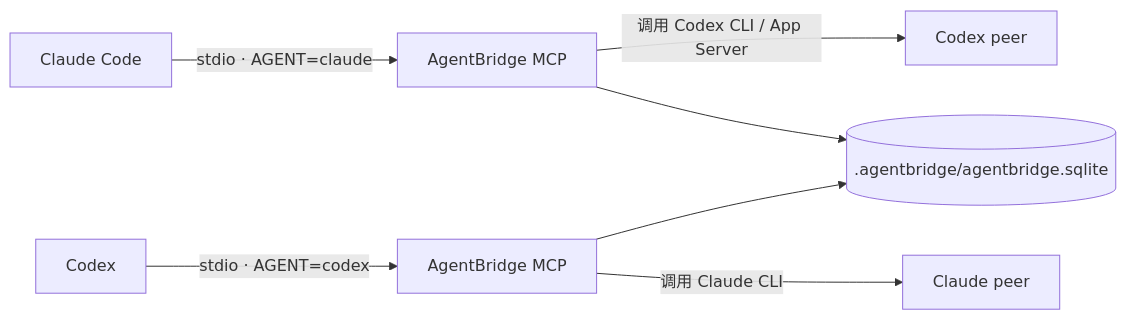
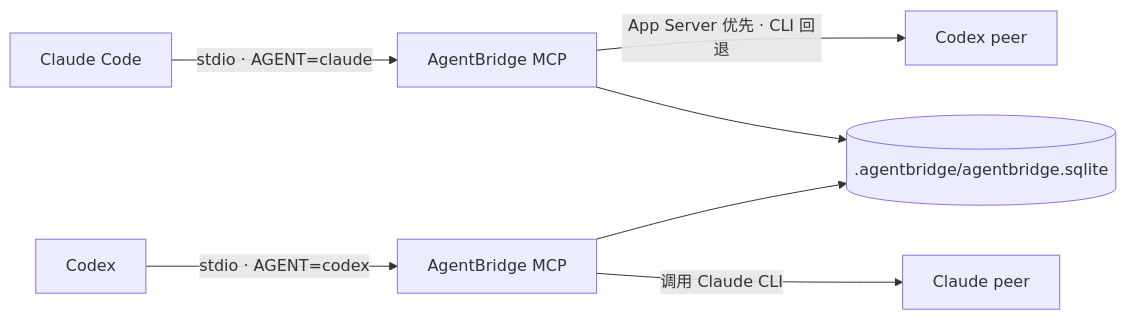
The diagram in README.md (HeadStone1/AgentBridge), drawn with Mermaid before and after one commit. The commit also changed other lines of this file and 42 other files, not shown here.

````diff
--- a/README.md
+++ b/README.md
@@ -28,9 +122,9 @@
 ```mermaid
 flowchart LR
     C["Claude Code"] -->|"stdio · AGENT=claude"| CM["AgentBridge MCP"]
     X["Codex"] -->|"stdio · AGENT=codex"| XM["AgentBridge MCP"]
-    CM -->|"调用 Codex CLI / App Server"| XP["Codex peer"]
+    CM -->|"App Server 优先 · CLI 回退"| XP["Codex peer"]
     XM -->|"调用 Claude CLI"| CP["Claude peer"]
     CM --> DB[(".agentbridge/agentbridge.sqlite")]
     XM --> DB
 ```
````
